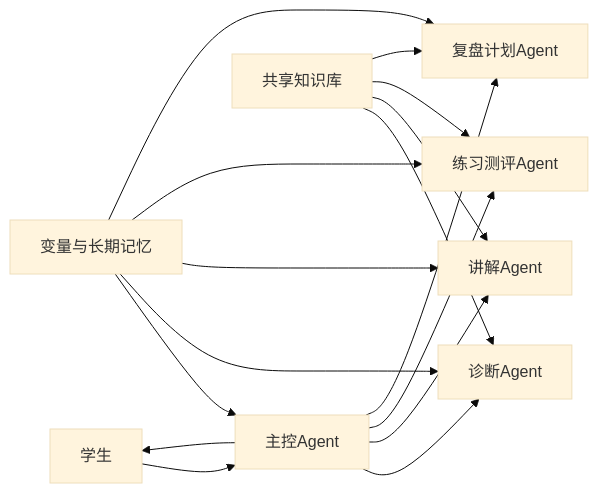
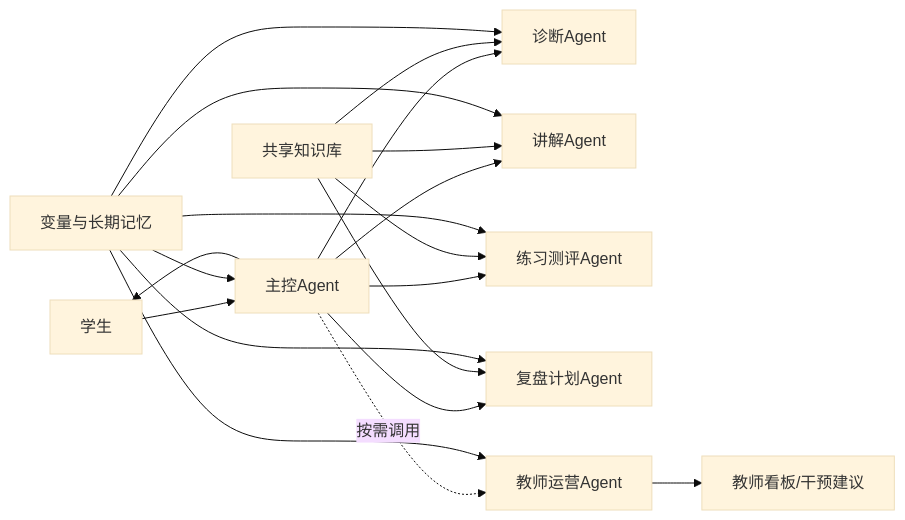
One commit to chenqsq/doc-showcase changed the sixth of 13 diagrams in doc/腾讯平台使用文档/腾讯云ADP-Multi-Agent版AI教师智能体从0到1新手闭环指南.md. Above: the diagram before and after it, drawn with Mermaid (base theme). The commit also changed other lines of this file and 6 other files, not shown here.

````diff
--- a/doc/腾讯平台使用文档/腾讯云ADP-Multi-Agent版AI教师智能体从0到1新手闭环指南.md
+++ b/doc/腾讯平台使用文档/腾讯云ADP-Multi-Agent版AI教师智能体从0到1新手闭环指南.md
@@ -229,22 +229,25 @@
 ```mermaid
 flowchart LR
     U["学生"] --> M["主控Agent"]
 
     M --> D["诊断Agent"]
     M --> E["讲解Agent"]
     M --> P["练习测评Agent"]
     M --> R["复盘计划Agent"]
+    M -.按需调用.-> T["教师运营Agent"]
 
     K["共享知识库"] --> D
     K --> E
     K --> P
     K --> R
 
     V["变量与长期记忆"] --> M
     V --> D
     V --> E
     V --> P
     V --> R
+    V --> T
 
+    T --> O["教师看板/干预建议"]
     M --> U
 ```
````
